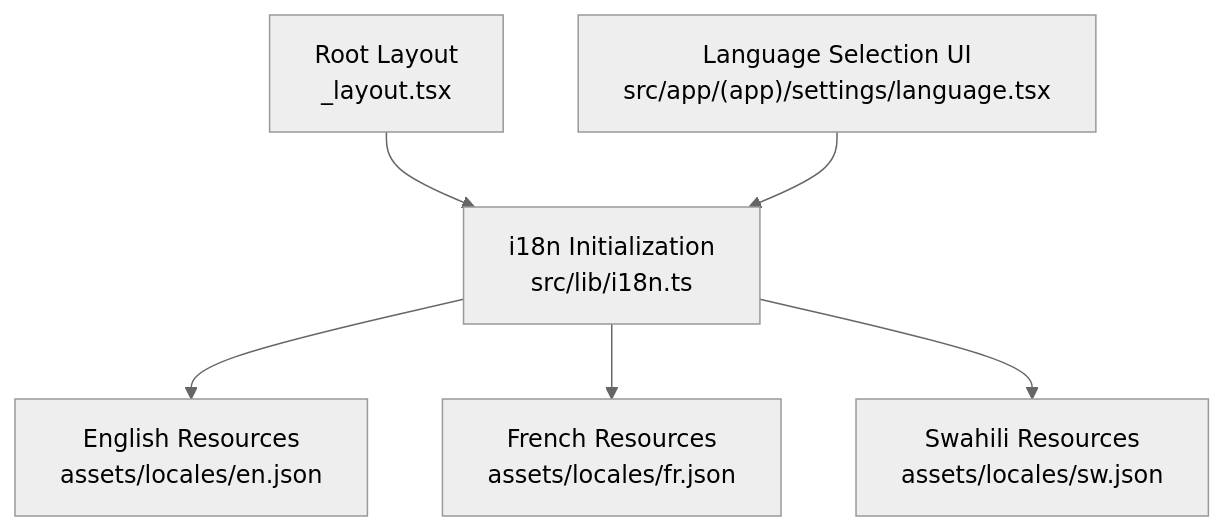
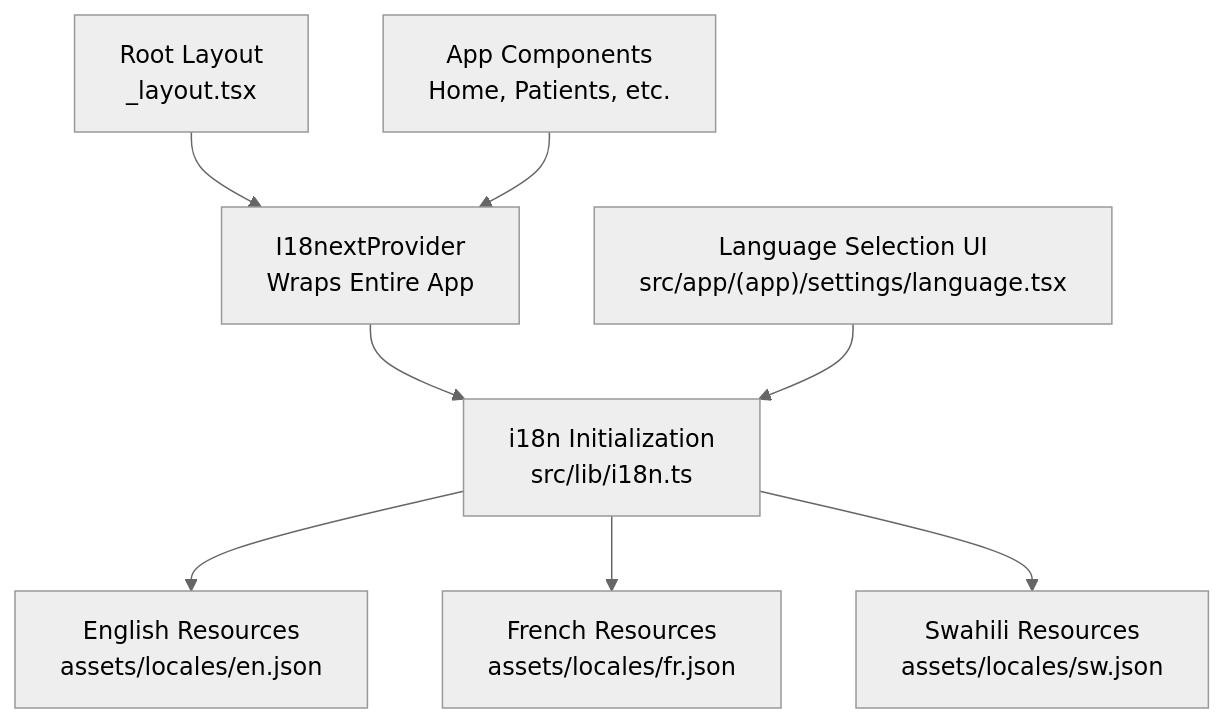
One commit to AdeelTahir-SE/DermSight changed the first of 3 diagrams in .qoder/repowiki/en/content/Internationalization.md. Above: the diagram before and after it, drawn with Mermaid (neutral theme). The commit also changed other lines of this file and 37 other files, not shown here.

````diff
--- a/.qoder/repowiki/en/content/Internationalization.md
+++ b/.qoder/repowiki/en/content/Internationalization.md
@@ -36,8 +46,10 @@
 ```mermaid
 graph TB
-A["Root Layout<br/>_layout.tsx"] --> B["i18n Initialization<br/>src/lib/i18n.ts"]
-B --> C["English Resources<br/>assets/locales/en.json"]
-B --> D["French Resources<br/>assets/locales/fr.json"]
-B --> E["Swahili Resources<br/>assets/locales/sw.json"]
-F["Language Selection UI<br/>src/app/(app)/settings/language.tsx"] --> B
+A["Root Layout<br/>_layout.tsx"] --> B["I18nextProvider<br/>Wraps Entire App"]
+B --> C["i18n Initialization<br/>src/lib/i18n.ts"]
+C --> D["English Resources<br/>assets/locales/en.json"]
+C --> E["French Resources<br/>assets/locales/fr.json"]
+C --> F["Swahili Resources<br/>assets/locales/sw.json"]
+G["Language Selection UI<br/>src/app/(app)/settings/language.tsx"] --> C
+H["App Components<br/>Home, Patients, etc."] --> B
 ```
````
